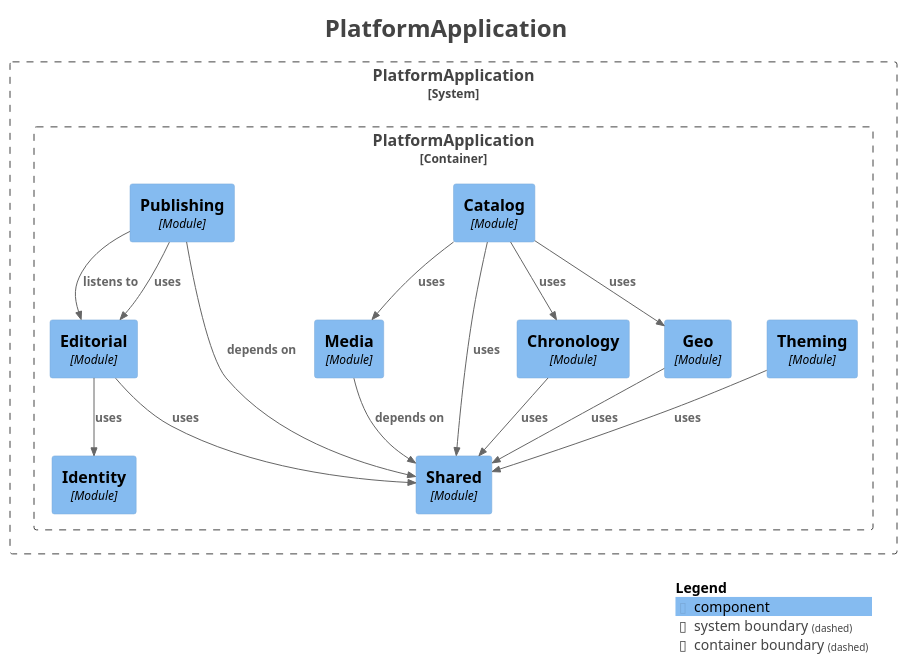
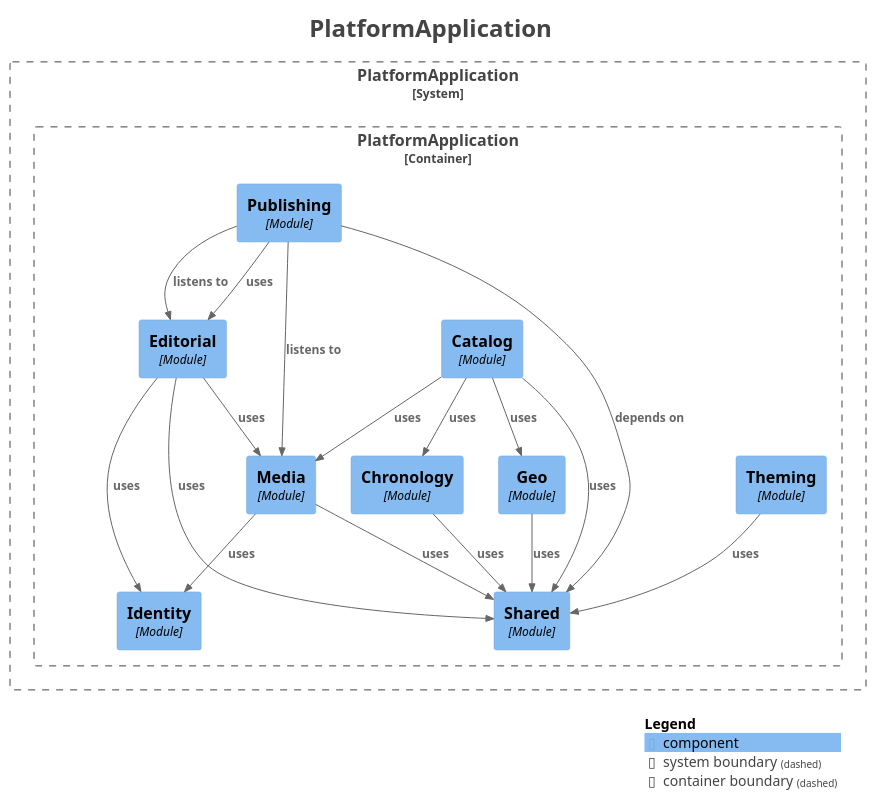
One commit to Asiman77/HistoryAsAGame changed the diagram in docs/modules/components.puml. Above: the diagram before and after it, drawn with PlantUML. The commit also changed 16 other files, not shown here.

Commit message:
docs: phase 11 notes, ADR-0017 (media registry) and module docs

```diff
--- a/docs/modules/components.puml
+++ b/docs/modules/components.puml
@@ -1,49 +1,52 @@
 @startuml
 title <size:24>PlatformApplication</size>
 
 set separator none
 top to bottom direction
 
 <style>
   root {
     BackgroundColor: #ffffff
     FontColor: #444444
   }
 </style>
 
 !include <C4/C4>
 !include <C4/C4_Context>
 !include <C4/C4_Component>
 
 System_Boundary("PlatformApplication_boundary", "PlatformApplication", $tags="") {
   Container_Boundary("PlatformApplication.PlatformApplication_boundary", "PlatformApplication", $tags="") {
-    Component(PlatformApplication.PlatformApplication.Theming, "Theming", $techn="Module", $descr="", $tags="", $link="")
     Component(PlatformApplication.PlatformApplication.Catalog, "Catalog", $techn="Module", $descr="", $tags="", $link="")
+    Component(PlatformApplication.PlatformApplication.Editorial, "Editorial", $techn="Module", $descr="", $tags="", $link="")
     Component(PlatformApplication.PlatformApplication.Publishing, "Publishing", $techn="Module", $descr="", $tags="", $link="")
     Component(PlatformApplication.PlatformApplication.Identity, "Identity", $techn="Module", $descr="", $tags="", $link="")
     Component(PlatformApplication.PlatformApplication.Shared, "Shared", $techn="Module", $descr="", $tags="", $link="")
     Component(PlatformApplication.PlatformApplication.Chronology, "Chronology", $techn="Module", $descr="", $tags="", $link="")
-    Component(PlatformApplication.PlatformApplication.Editorial, "Editorial", $techn="Module", $descr="", $tags="", $link="")
     Component(PlatformApplication.PlatformApplication.Geo, "Geo", $techn="Module", $descr="", $tags="", $link="")
     Component(PlatformApplication.PlatformApplication.Media, "Media", $techn="Module", $descr="", $tags="", $link="")
+    Component(PlatformApplication.PlatformApplication.Theming, "Theming", $techn="Module", $descr="", $tags="", $link="")
   }
 
 }
 
+Rel(PlatformApplication.PlatformApplication.Geo, PlatformApplication.PlatformApplication.Shared, "uses", $techn="", $tags="", $link="")
+Rel(PlatformApplication.PlatformApplication.Media, PlatformApplication.PlatformApplication.Shared, "uses", $techn="", $tags="", $link="")
+Rel(PlatformApplication.PlatformApplication.Media, PlatformApplication.PlatformApplication.Identity, "uses", $techn="", $tags="", $link="")
+Rel(PlatformApplication.PlatformApplication.Theming, PlatformApplication.PlatformApplication.Shared, "uses", $techn="", $tags="", $link="")
 Rel(PlatformApplication.PlatformApplication.Editorial, PlatformApplication.PlatformApplication.Shared, "uses", $techn="", $tags="", $link="")
 Rel(PlatformApplication.PlatformApplication.Editorial, PlatformApplication.PlatformApplication.Identity, "uses", $techn="", $tags="", $link="")
-Rel(PlatformApplication.PlatformApplication.Geo, PlatformApplication.PlatformApplication.Shared, "uses", $techn="", $tags="", $link="")
-Rel(PlatformApplication.PlatformApplication.Publishing, PlatformApplication.PlatformApplication.Editorial, "listens to", $techn="", $tags="", $link="")
-Rel(PlatformApplication.PlatformApplication.Publishing, PlatformApplication.PlatformApplication.Shared, "depends on", $techn="", $tags="", $link="")
-Rel(PlatformApplication.PlatformApplication.Publishing, PlatformApplication.PlatformApplication.Editorial, "uses", $techn="", $tags="", $link="")
-Rel(PlatformApplication.PlatformApplication.Media, PlatformApplication.PlatformApplication.Shared, "depends on", $techn="", $tags="", $link="")
+Rel(PlatformApplication.PlatformApplication.Editorial, PlatformApplication.PlatformApplication.Media, "uses", $techn="", $tags="", $link="")
 Rel(PlatformApplication.PlatformApplication.Chronology, PlatformApplication.PlatformApplication.Shared, "uses", $techn="", $tags="", $link="")
 Rel(PlatformApplication.PlatformApplication.Catalog, PlatformApplication.PlatformApplication.Shared, "uses", $techn="", $tags="", $link="")
 Rel(PlatformApplication.PlatformApplication.Catalog, PlatformApplication.PlatformApplication.Chronology, "uses", $techn="", $tags="", $link="")
 Rel(PlatformApplication.PlatformApplication.Catalog, PlatformApplication.PlatformApplication.Geo, "uses", $techn="", $tags="", $link="")
 Rel(PlatformApplication.PlatformApplication.Catalog, PlatformApplication.PlatformApplication.Media, "uses", $techn="", $tags="", $link="")
-Rel(PlatformApplication.PlatformApplication.Theming, PlatformApplication.PlatformApplication.Shared, "uses", $techn="", $tags="", $link="")
+Rel(PlatformApplication.PlatformApplication.Publishing, PlatformApplication.PlatformApplication.Editorial, "listens to", $techn="", $tags="", $link="")
+Rel(PlatformApplication.PlatformApplication.Publishing, PlatformApplication.PlatformApplication.Media, "listens to", $techn="", $tags="", $link="")
+Rel(PlatformApplication.PlatformApplication.Publishing, PlatformApplication.PlatformApplication.Shared, "depends on", $techn="", $tags="", $link="")
+Rel(PlatformApplication.PlatformApplication.Publishing, PlatformApplication.PlatformApplication.Editorial, "uses", $techn="", $tags="", $link="")
 
 SHOW_LEGEND(true)
 hide stereotypes
 @enduml
```
